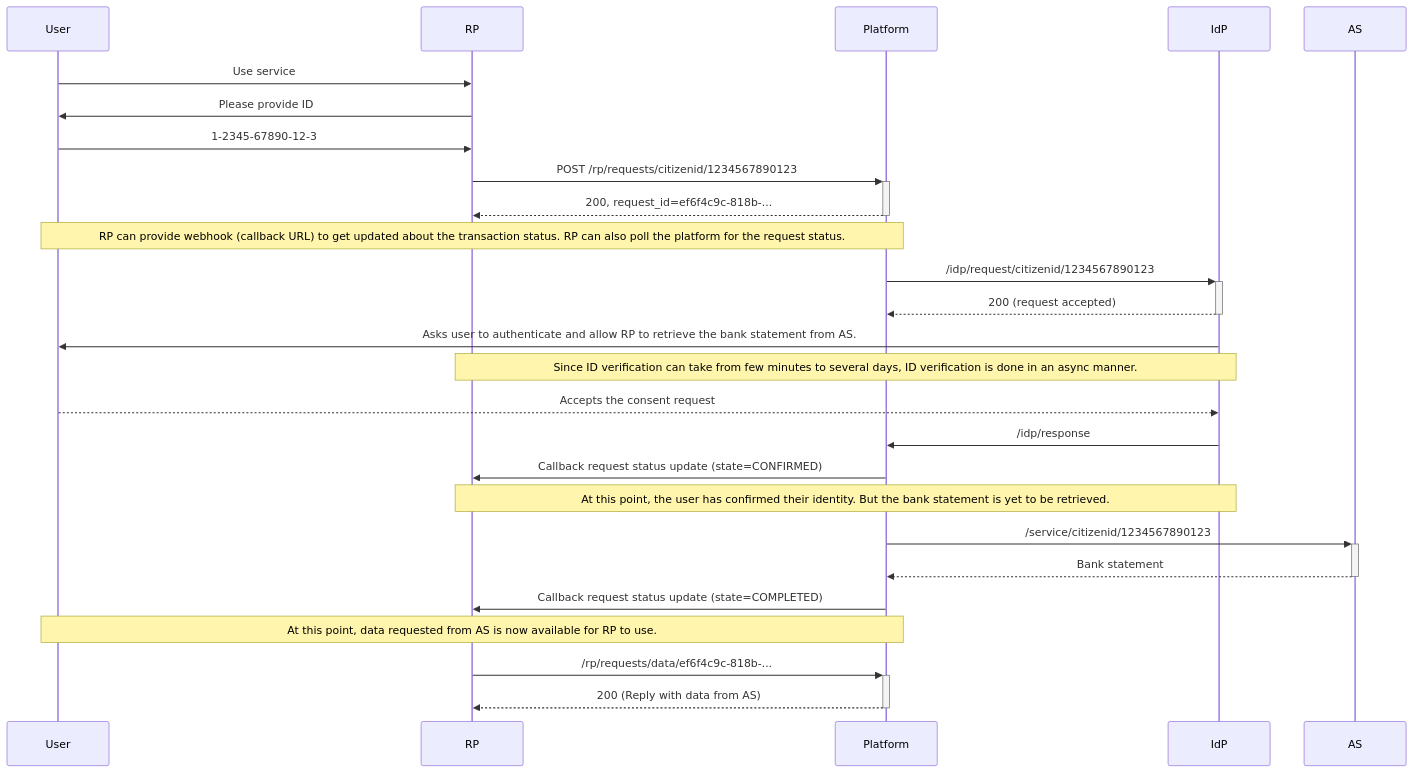
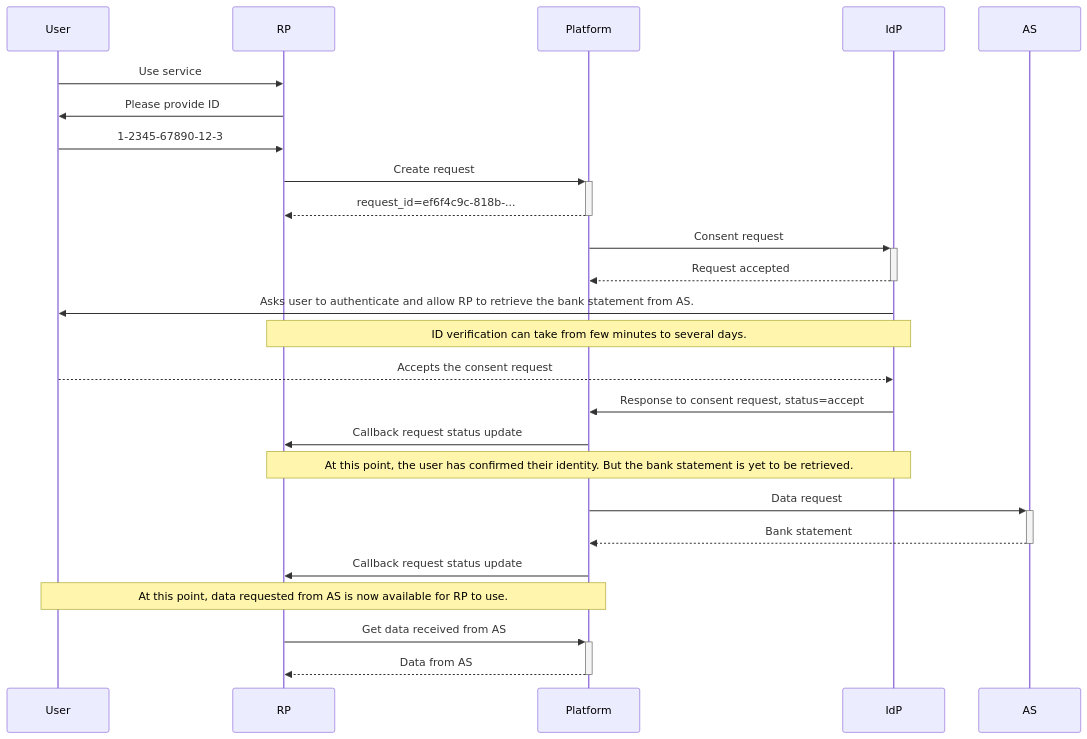
One commit to ndidplatform/ndidplatform.github.io changed the diagram in index.md. Above: the diagram before and after it, drawn with Mermaid. The commit also changed 7 other files, not shown here.

Commit message:
Reorganize items on sidebar nav, Add sequence diagrams for common flows, Simplify sequence diagram on introduction page, Reorganize files

````diff
--- a/index.md
+++ b/index.md
@@ -90,28 +90,27 @@
 ```mermaid
 sequenceDiagram
     participant User
     participant RP
     participant Platform
     participant IdP
     participant AS
     User->>RP: Use service
     RP->>User: Please provide ID
     User->>RP: 1-2345-67890-12-3
-    RP->>+Platform: POST /rp/requests/citizenid/1234567890123
-    Platform-->>-RP: 200, request_id=ef6f4c9c-818b-...
-    Note over User,Platform: RP can provide webhook (callback URL) to get updated about the transaction status. RP can also poll the platform for the request status.
-    Platform->>+IdP: /idp/request/citizenid/1234567890123
-    IdP-->>-Platform: 200 (request accepted)
+    RP->>+Platform: Create request
+    Platform-->>-RP: request_id=ef6f4c9c-818b-...
+    Platform->>+IdP: Consent request
+    IdP-->>-Platform: Request accepted
     IdP->>User: Asks user to authenticate and allow RP to retrieve the bank statement from AS.
-    Note over RP,IdP: Since ID verification can take from few minutes to several days, ID verification is done in an async manner.
+    Note over RP,IdP: ID verification can take from few minutes to several days.
     User-->>IdP: Accepts the consent request
-    IdP->>Platform: /idp/response
-    Platform->>RP: Callback request status update (state=CONFIRMED)
+    IdP->>Platform: Response to consent request, status=accept
+    Platform->>RP: Callback request status update
     Note over RP,IdP: At this point, the user has confirmed their identity. But the bank statement is yet to be retrieved.
-    Platform->>+AS: /service/citizenid/1234567890123
+    Platform->>+AS: Data request
     AS-->>-Platform: Bank statement
-    Platform->>RP: Callback request status update (state=COMPLETED)
+    Platform->>RP: Callback request status update
     Note over User,Platform: At this point, data requested from AS is now available for RP to use.
-    RP->>+Platform: /rp/requests/data/ef6f4c9c-818b-...
-    Platform-->>-RP: 200 (Reply with data from AS)
+    RP->>+Platform: Get data received from AS
+    Platform-->>-RP: Data from AS
 ```
````
